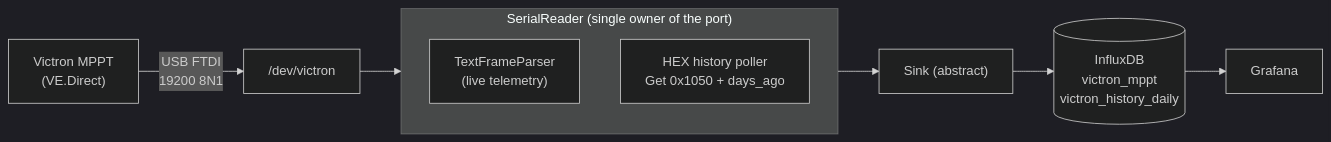
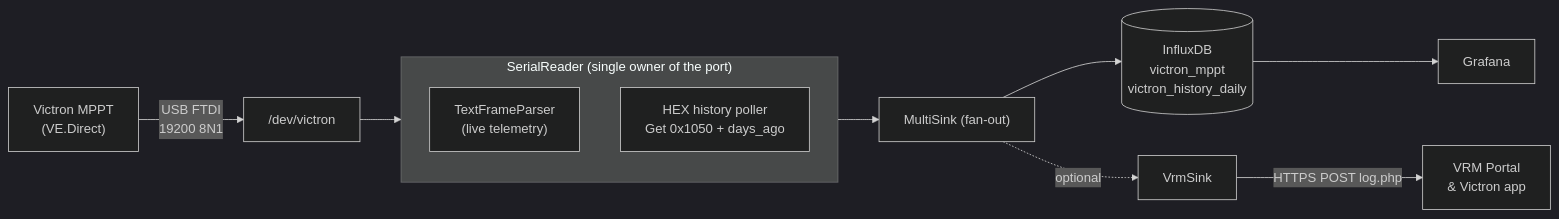
The first of 3 diagrams in README.md (ckeller42/vedirect-influx), drawn with Mermaid (dark theme) before and after one commit. The commit also changed other lines of this file and 15 other files, not shown here.

First line of the commit message:
feat(vrm): direct Victron VRM Portal upload (no Venus OS) (#10)

````diff
--- a/README.md
+++ b/README.md
@@ -40,15 +41,17 @@
 ```mermaid
 flowchart LR
     MPPT["Victron MPPT\n(VE.Direct)"] -->|USB FTDI\n19200 8N1| DEV["/dev/victron"]
     DEV --> R
 
     subgraph R["SerialReader (single owner of the port)"]
         direction TB
         T["TextFrameParser\n(live telemetry)"]
         H["HEX history poller\nGet 0x1050 + days_ago"]
     end
 
-    R --> S["Sink (abstract)"]
-    S --> I[("InfluxDB\nvictron_mppt\nvictron_history_daily")]
+    R --> M["MultiSink (fan-out)"]
+    M --> I[("InfluxDB\nvictron_mppt\nvictron_history_daily")]
     I --> G["Grafana"]
+    M -. optional .-> V["VrmSink"]
+    V -->|"HTTPS POST log.php"| VRM["VRM Portal\n& Victron app"]
 ```
````
